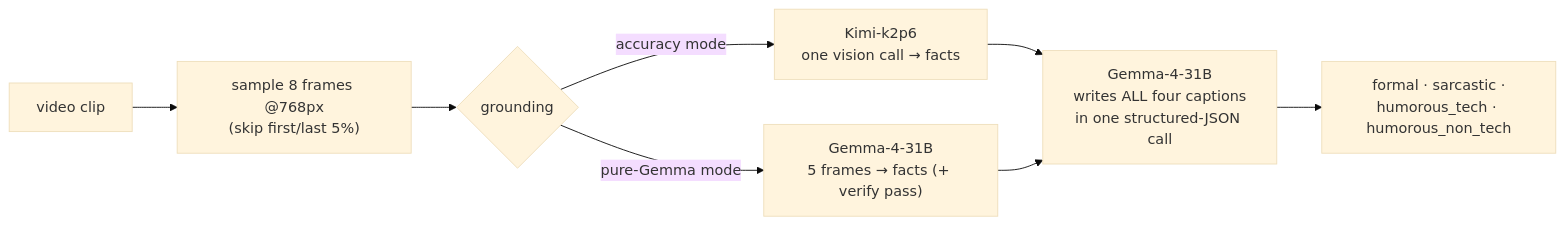
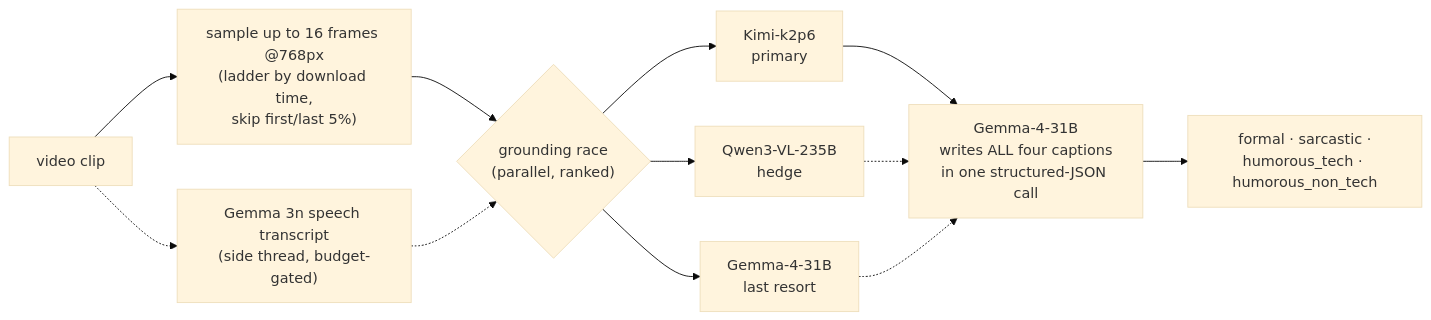
Before and after one commit to DevDebojyotiC/prism: the diagram in README.md, drawn with Mermaid (base theme). The commit also changed other lines of this file and 3 other files, not shown here.

````diff
--- a/README.md
+++ b/README.md
@@ -39,10 +46,14 @@
 ```mermaid
 flowchart LR
-    A[video clip] --> B["sample 8 frames @768px<br/>(skip first/last 5%)"]
-    B --> C{"grounding"}
-    C -- "accuracy mode" --> D["Kimi-k2p6<br/>one vision call → facts"]
-    C -- "pure-Gemma mode" --> E["Gemma-4-31B<br/>5 frames → facts (+ verify pass)"]
+    A[video clip] --> B["sample up to 16 frames @768px<br/>(ladder by download time,<br/>skip first/last 5%)"]
+    A -.-> T["Gemma 3n speech transcript<br/>(side thread, budget-gated)"]
+    B --> C{"grounding race<br/>(parallel, ranked)"}
+    T -.-> C
+    C --> D["Kimi-k2p6<br/>primary"]
+    C --> Q["Qwen3-VL-235B<br/>hedge"]
+    C --> E["Gemma-4-31B<br/>last resort"]
     D --> F["Gemma-4-31B<br/>writes ALL four captions<br/>in one structured-JSON call"]
-    E --> F
+    Q -.-> F
+    E -.-> F
     F --> G["formal · sarcastic ·<br/>humorous_tech · humorous_non_tech"]
 ```
````
